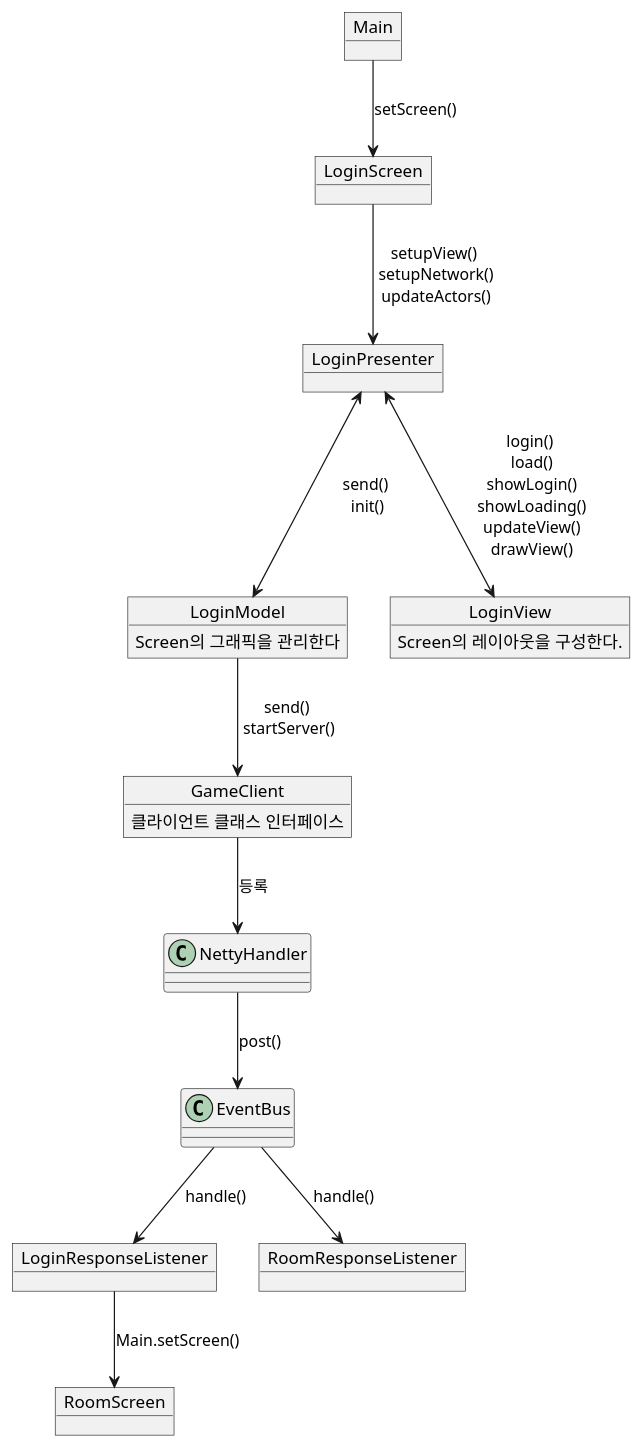
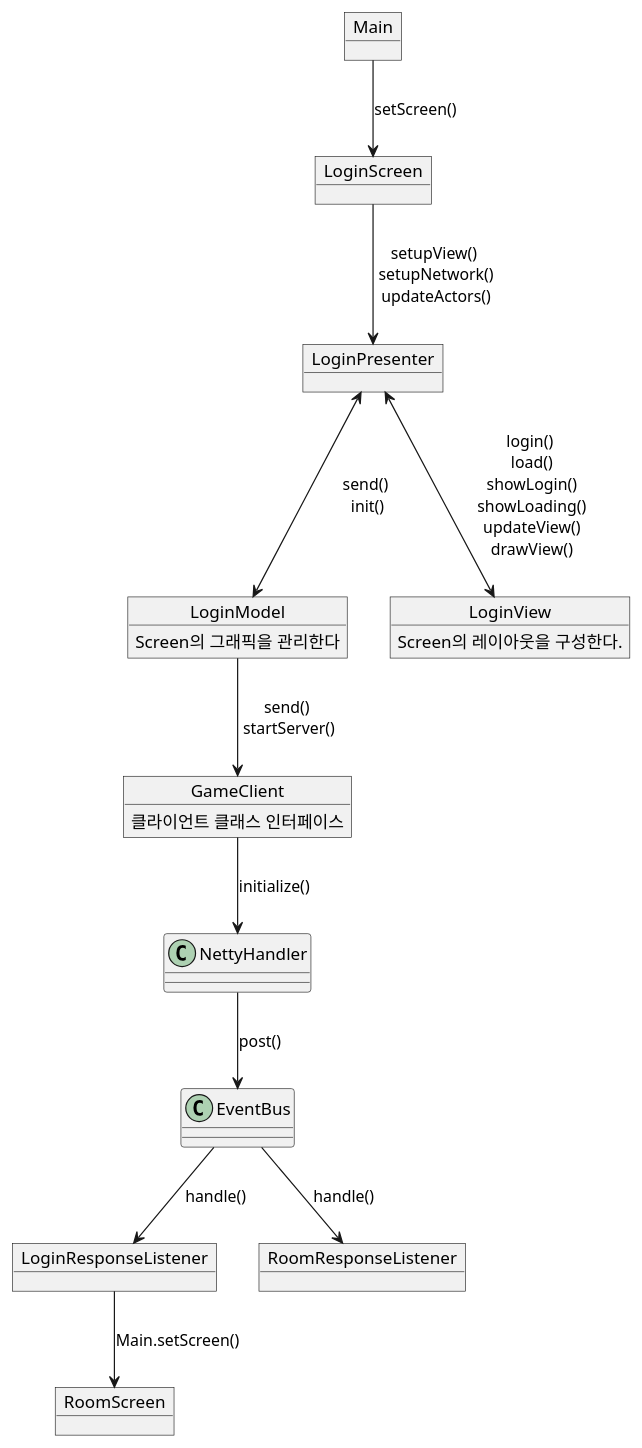
One commit to rlaehd62/Telestration changed the diagram in Telestration_Client/core/src/Client.puml. Above: the diagram before and after it, drawn with PlantUML. The commit also changed 11 other files, not shown here.

```diff
--- a/Telestration_Client/core/src/Client.puml
+++ b/Telestration_Client/core/src/Client.puml
@@ -1,38 +1,38 @@
 @startuml
 object LoginScreen
 
 object LoginPresenter
 
 object LoginModel
 LoginModel : Screen의 그래픽을 관리한다
 
 object LoginView
 LoginView : Screen의 레이아웃을 구성한다.
 
 object LoginResponseListener
 object RoomResponseListener
 
 object RoomScreen
 
 object Main
 object GameClient
 
 
 GameClient : 클라이언트 클래스 인터페이스
 
 Main --> LoginScreen : setScreen()
 LoginModel --> GameClient : send()\n startServer()
 LoginScreen --> LoginPresenter : setupView()\n setupNetwork()\n updateActors()
 
 LoginPresenter <--> LoginModel : send()\n init()
 LoginPresenter <--> LoginView : login()\n load()\n showLogin()\n showLoading()\n updateView()\n drawView()
 
-GameClient --> NettyHandler : 등록
+GameClient --> NettyHandler : initialize()
 NettyHandler --> EventBus : post()
 
 EventBus --> LoginResponseListener : handle()
 EventBus -->RoomResponseListener : handle()
 
 LoginResponseListener --> RoomScreen : Main.setScreen()
 
 @enduml
```
